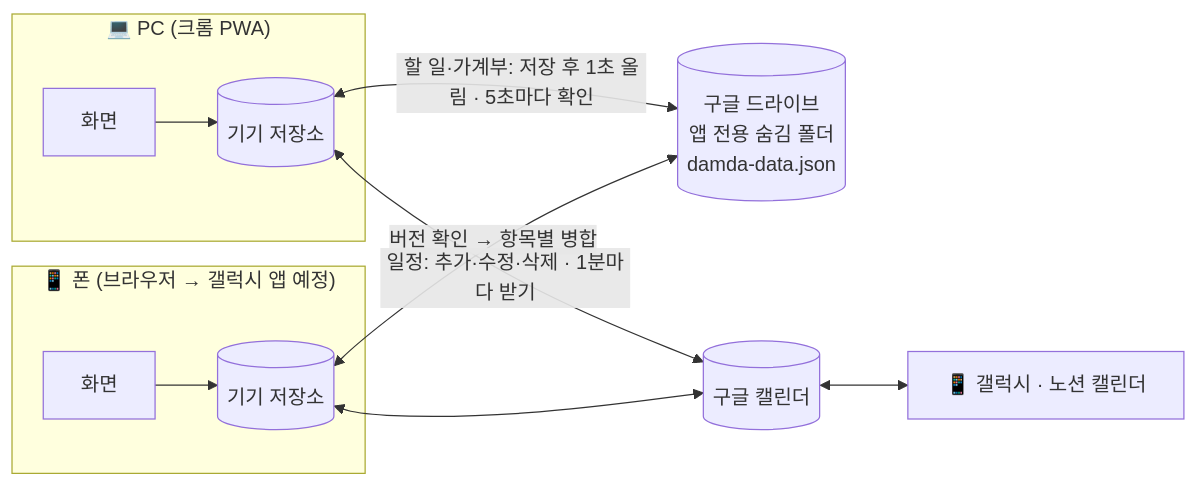
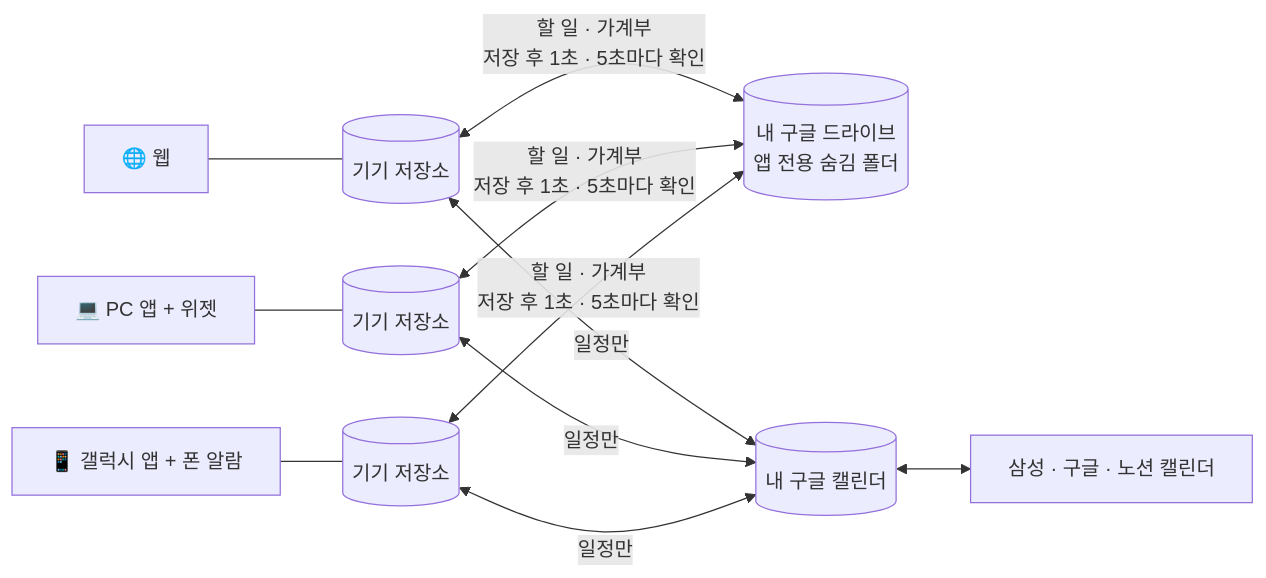
The diagram in README.md (Crowtit517/Damda), drawn with Mermaid before and after one commit. The commit also changed other lines of this file and 143 other files, not shown here.

````diff
--- a/README.md
+++ b/README.md
@@ -161,14 +88,9 @@
 ```mermaid
 flowchart LR
-  subgraph A["💻 PC (크롬 PWA)"]
-    UA[화면] --> SA[(기기 저장소)]
-  end
-  subgraph B["📱 폰 (브라우저 → 갤럭시 앱 예정)"]
-    UB[화면] --> SB[(기기 저장소)]
-  end
-  SA <-->|"할 일·가계부: 저장 후 1초 올림 · 5초마다 확인"| D[("구글 드라이브<br/>앱 전용 숨김 폴더<br/>damda-data.json")]
-  SB <-->|"버전 확인 → 항목별 병합"| D
-  SA <-->|"일정: 추가·수정·삭제 · 1분마다 받기"| C[("구글 캘린더")]
-  SB <--> C
-  C <--> P["📱 갤럭시 · 노션 캘린더"]
+  W["🌐 웹"] --- L1[(기기 저장소)]
+  P["💻 PC 앱 + 위젯"] --- L2[(기기 저장소)]
+  G["📱 갤럭시 앱 + 폰 알람"] --- L3[(기기 저장소)]
+  L1 & L2 & L3 <-->|"할 일 · 가계부<br/>저장 후 1초 · 5초마다 확인"| D[("내 구글 드라이브<br/>앱 전용 숨김 폴더")]
+  L1 & L2 & L3 <-->|"일정만"| C[("내 구글 캘린더")]
+  C <--> S["삼성 · 구글 · 노션 캘린더"]
 ```
````
